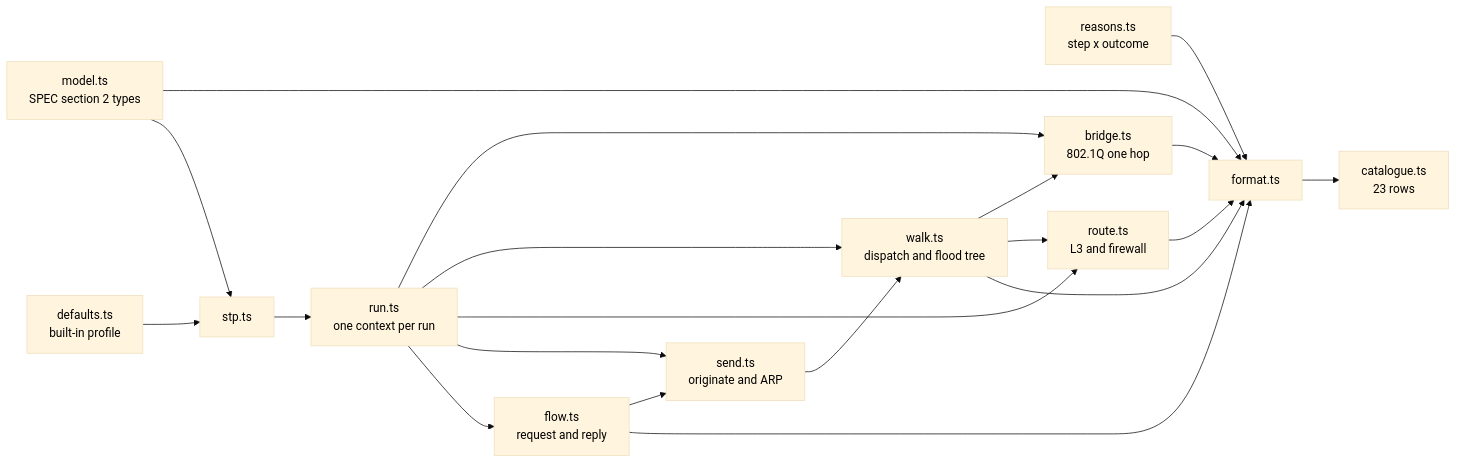
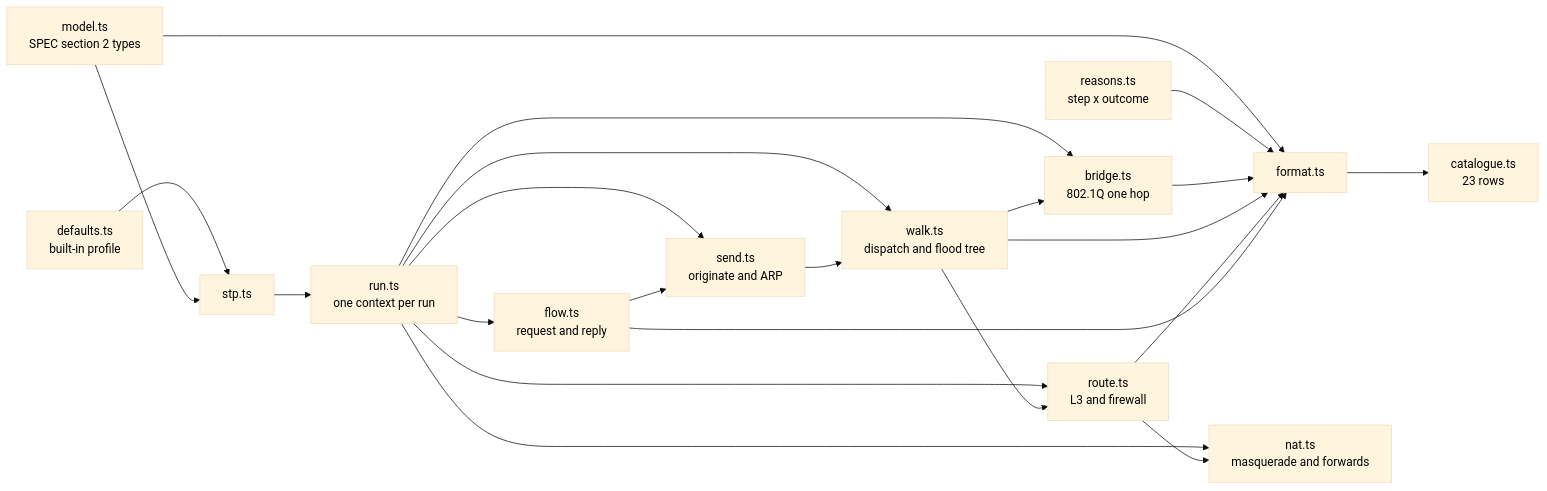
One commit to alanfong93/network-sandbox changed the first of 3 diagrams in docs/architecture.md. Above: the diagram before and after it, drawn with Mermaid (base theme). The commit also changed other lines of this file and 14 other files, not shown here.

````diff
--- a/docs/architecture.md
+++ b/docs/architecture.md
@@ -13,34 +14,37 @@
 ```mermaid
 flowchart LR
     M[model.ts<br>SPEC section 2 types] --> F[format.ts]
     R[reasons.ts<br>step x outcome] --> F
     F --> C[catalogue.ts<br>23 rows]
     D[defaults.ts<br>built-in profile] --> S[stp.ts]
     M --> S
     S --> U[run.ts<br>one context per run]
     U --> B[bridge.ts<br>802.1Q one hop]
     U --> W[walk.ts<br>dispatch and flood tree]
     U --> O[route.ts<br>L3 and firewall]
+    U --> NA[nat.ts<br>masquerade and forwards]
     U --> N[send.ts<br>originate and ARP]
     U --> L[flow.ts<br>request and reply]
     W --> B
     W --> O
+    O --> NA
     N --> W
     L --> N
     B --> F
     W --> F
     O --> F
     L --> F
     style M color:#000
     style R color:#000
     style F color:#000
     style C color:#000
     style D color:#000
     style S color:#000
     style U color:#000
     style B color:#000
     style W color:#000
     style O color:#000
+    style NA color:#000
     style N color:#000
     style L color:#000
 ```
````
